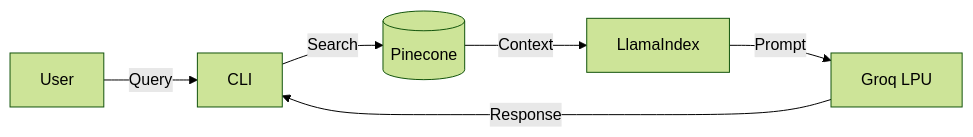
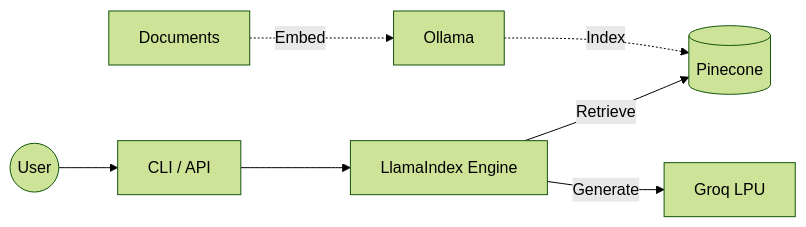
The diagram in README.md (galalqassas/USLaw-expert-RAG), drawn with Mermaid (forest theme) before and after one commit. The commit also changed other lines of this file and 10 other files, not shown here.

````diff
--- a/README.md
+++ b/README.md
@@ -16,8 +11,11 @@
 ```mermaid
 graph LR
-    User -->|Query| CLI
-    CLI -->|Search| Pinecone[(Pinecone)]
-    Pinecone -->|Context| Engine[LlamaIndex]
-    Engine -->|Prompt| Groq[Groq LPU]
-    Groq -->|Response| CLI
+    User((User)) --> Interface[CLI / API]
+    Interface --> Engine[LlamaIndex Engine]
+
+    Engine -->|Retrieve| Pinecone[(Pinecone)]
+    Engine -->|Generate| Groq[Groq LPU]
+
+    Docs[Documents] -.->|Embed| Ollama[Ollama]
+    Ollama -.->|Index| Pinecone
 ```
````
